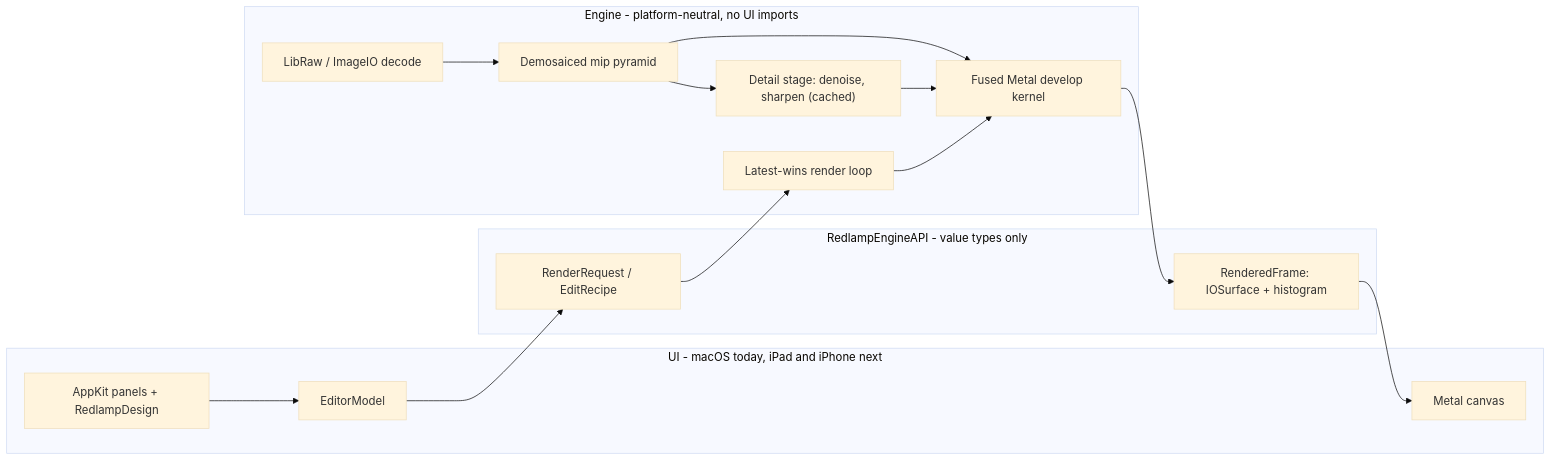
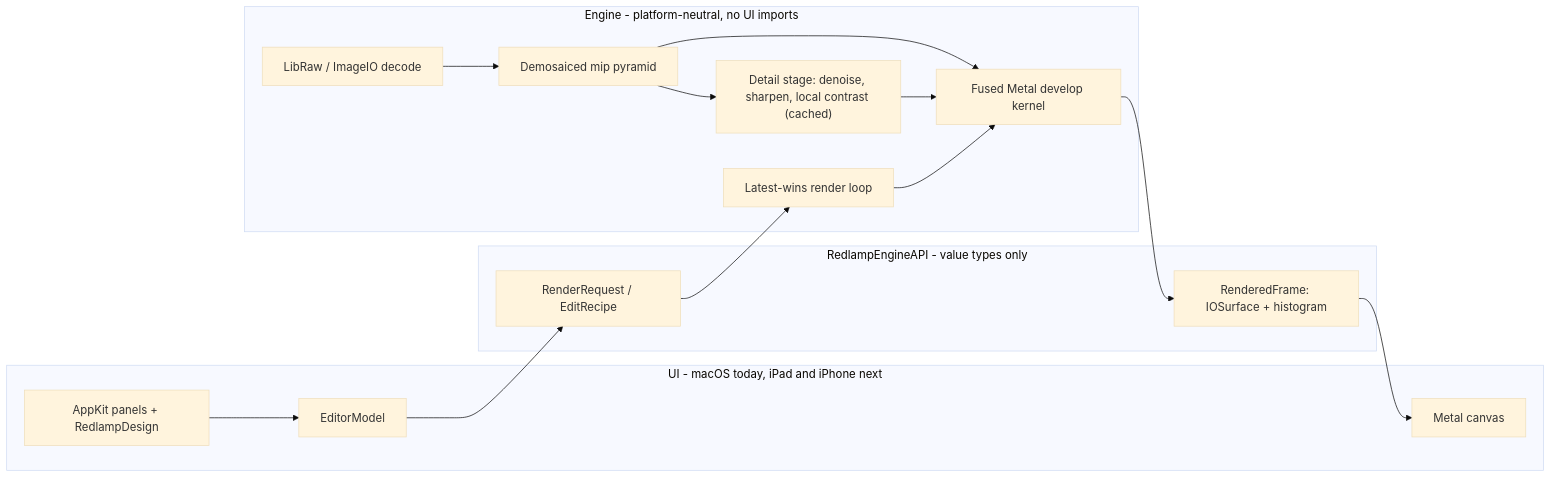
One commit to pdcgomes/redlamp changed the diagram in README.md. Above: the diagram before and after it, drawn with Mermaid (base theme). The commit also changed other lines of this file and 7 other files, not shown here.

First line of the commit message:
Global Texture and Clarity in the detail stage

````diff
--- a/README.md
+++ b/README.md
@@ -331,19 +332,19 @@
 ```mermaid
 flowchart LR
     subgraph ui [UI - macOS today, iPad and iPhone next]
         Views["AppKit panels + RedlampDesign"] --> Model["EditorModel"]
         Canvas["Metal canvas"]
     end
     subgraph api [RedlampEngineAPI - value types only]
         Req["RenderRequest / EditRecipe"]
         Frame["RenderedFrame: IOSurface + histogram"]
     end
     subgraph engine [Engine - platform-neutral, no UI imports]
         Sched["Latest-wins render loop"] --> Kernels["Fused Metal develop kernel"]
         Pyramid["Demosaiced mip pyramid"] --> Kernels
-        Pyramid --> Detail["Detail stage: denoise, sharpen (cached)"] --> Kernels
+        Pyramid --> Detail["Detail stage: denoise, sharpen, local contrast (cached)"] --> Kernels
         Decode["LibRaw / ImageIO decode"] --> Pyramid
     end
     Model --> Req --> Sched
     Kernels --> Frame --> Canvas
 ```
````
